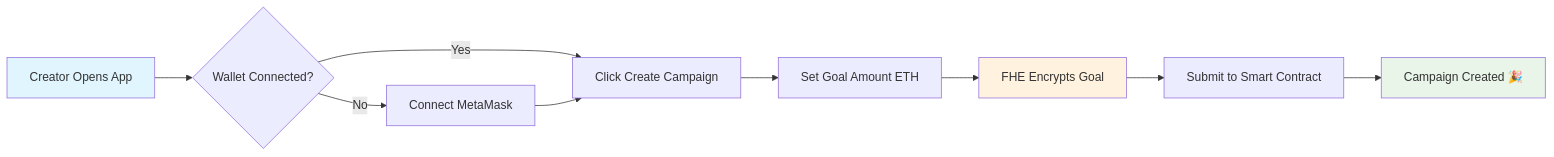
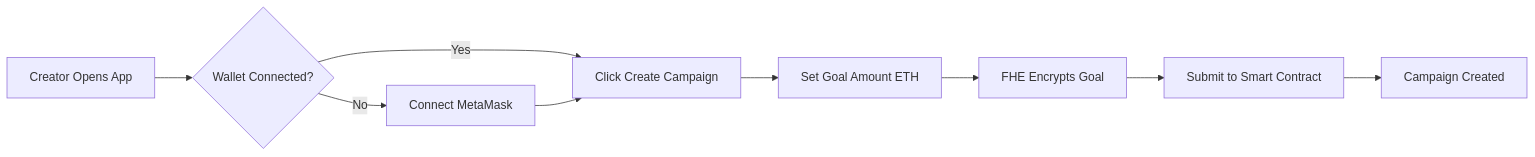
Before and after one commit to scatvicnode/FHEDge: the first of 3 diagrams in README.md, drawn with Mermaid. The commit also changed other lines of this file and 4 other files, not shown here.

````diff
--- a/README.md
+++ b/README.md
@@ -51,15 +53,11 @@
 ```mermaid
 graph LR
     A[Creator Opens App] --> B{Wallet Connected?}
     B -->|No| C[Connect MetaMask]
     B -->|Yes| D[Click Create Campaign]
     C --> D
     D --> E[Set Goal Amount ETH]
     E --> F[FHE Encrypts Goal]
     F --> G[Submit to Smart Contract]
-    G --> H[Campaign Created 🎉]
-    
-    style A fill:#e1f5fe
-    style F fill:#fff3e0
-    style H fill:#e8f5e8
+    G --> H[Campaign Created]
 ```
````
